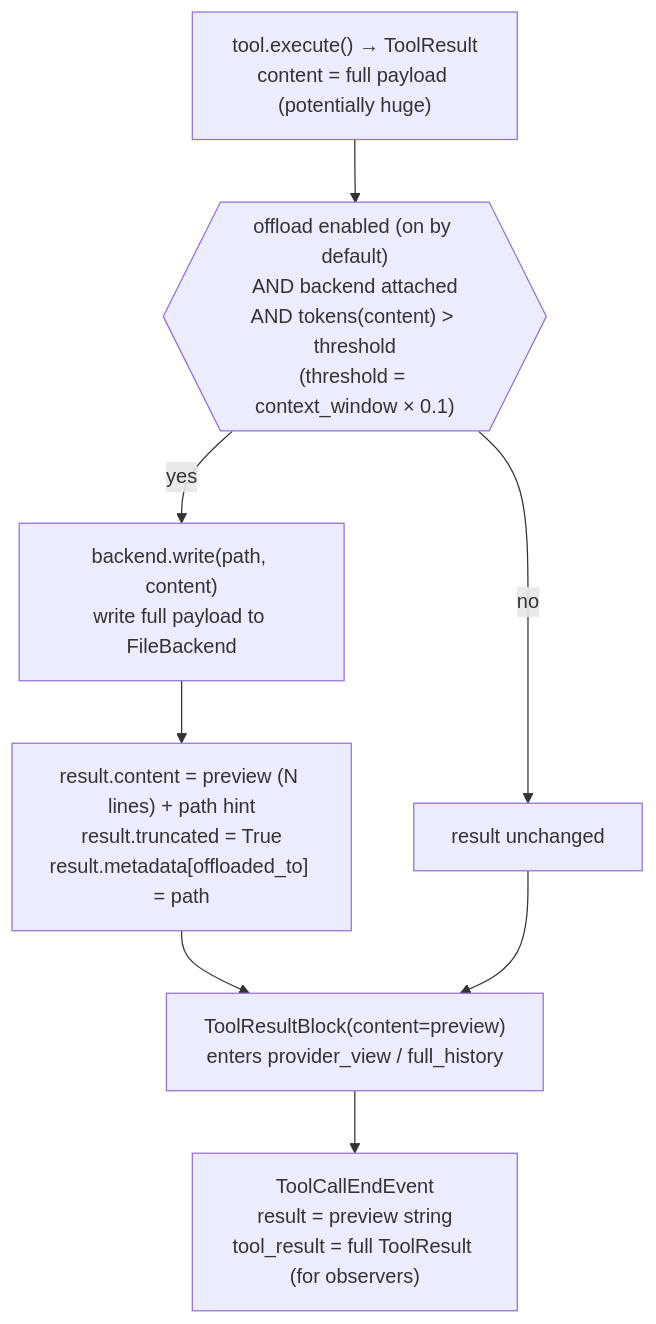
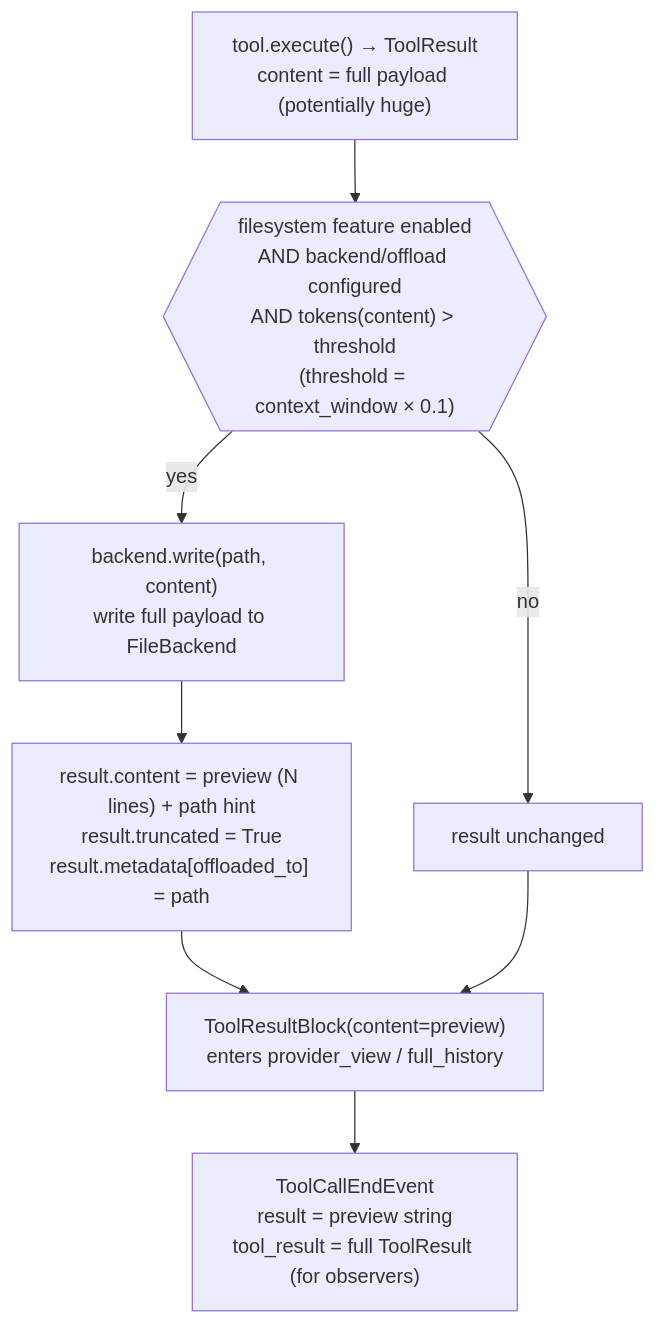
Before and after one commit to DuyTa506/linch: the eighth of 8 diagrams in docs/architecture/subsystems.md, drawn with Mermaid. The commit also changed other lines of this file and 82 other files, not shown here.

````diff
--- a/docs/architecture/subsystems.md
+++ b/docs/architecture/subsystems.md
@@ -338,18 +365,18 @@
 ```mermaid
 flowchart TD
     EXEC["tool.execute() → ToolResult\ncontent = full payload (potentially huge)"]
 
-    OFFLOAD{{"offload enabled (on by default)\nAND backend attached\nAND tokens(content) > threshold\n(threshold = context_window × 0.1)"}}
+    OFFLOAD{{"filesystem feature enabled\nAND backend/offload configured\nAND tokens(content) > threshold\n(threshold = context_window × 0.1)"}}
 
     WRITE["backend.write(path, content)\nwrite full payload to FileBackend"]
     REPLACE["result.content = preview (N lines) + path hint\nresult.truncated = True\nresult.metadata[offloaded_to] = path"]
     PASSTHROUGH["result unchanged"]
 
     BLOCK["ToolResultBlock(content=preview)\nenters provider_view / full_history"]
     EVENT["ToolCallEndEvent\nresult = preview string\ntool_result = full ToolResult (for observers)"]
 
     EXEC --> OFFLOAD
     OFFLOAD -->|"yes"| WRITE --> REPLACE --> BLOCK
     OFFLOAD -->|"no"| PASSTHROUGH --> BLOCK
     BLOCK --> EVENT
 ```
````
